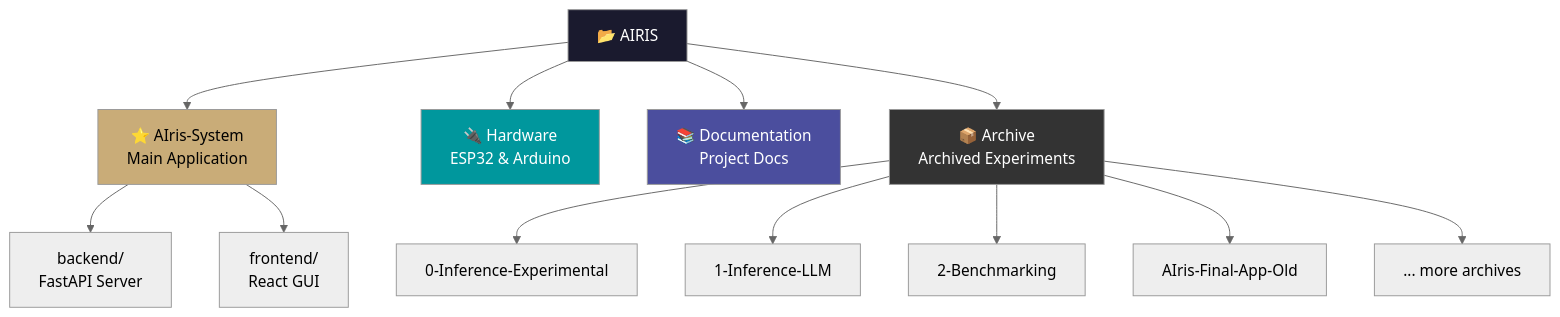
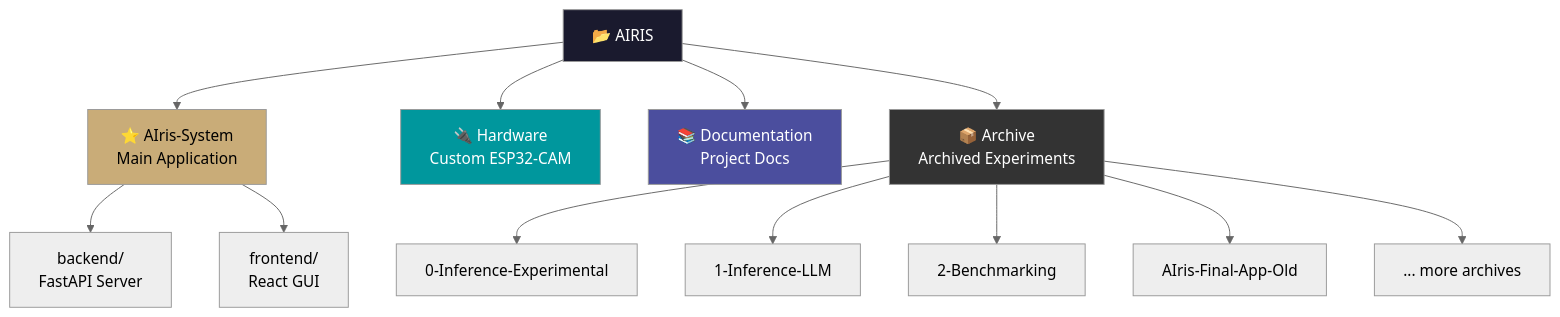
One commit to rajin-khan/AIris changed the third of 3 diagrams in README.md. Above: the diagram before and after it, drawn with Mermaid (neutral theme). The commit also changed other lines of this file and 9 other files, not shown here.

````diff
--- a/README.md
+++ b/README.md
@@ -205,22 +216,22 @@
 ```mermaid
 graph TD
     ROOT[📂 AIRIS] --> MAIN[⭐ AIris-System<br/>Main Application]
-    ROOT --> HW[🔌 Hardware<br/>ESP32 & Arduino]
+    ROOT --> HW[🔌 Hardware<br/>Custom ESP32-CAM]
     ROOT --> DOCS[📚 Documentation<br/>Project Docs]
     ROOT --> SW[📦 Archive<br/>Archived Experiments]
     
     MAIN --> BE[backend/<br/>FastAPI Server]
     MAIN --> FE[frontend/<br/>React GUI]
     
     SW --> EXP1[0-Inference-Experimental]
     SW --> EXP2[1-Inference-LLM]
     SW --> EXP3[2-Benchmarking]
     SW --> OLD[AIris-Final-App-Old]
     SW --> MORE[... more archives]
     
     style ROOT fill:#1a1a2e,color:#fff
     style MAIN fill:#C9AC78,color:#000
     style HW fill:#00979D,color:#fff
     style DOCS fill:#4B4E9E,color:#fff
     style SW fill:#333,color:#fff
 ```
````
